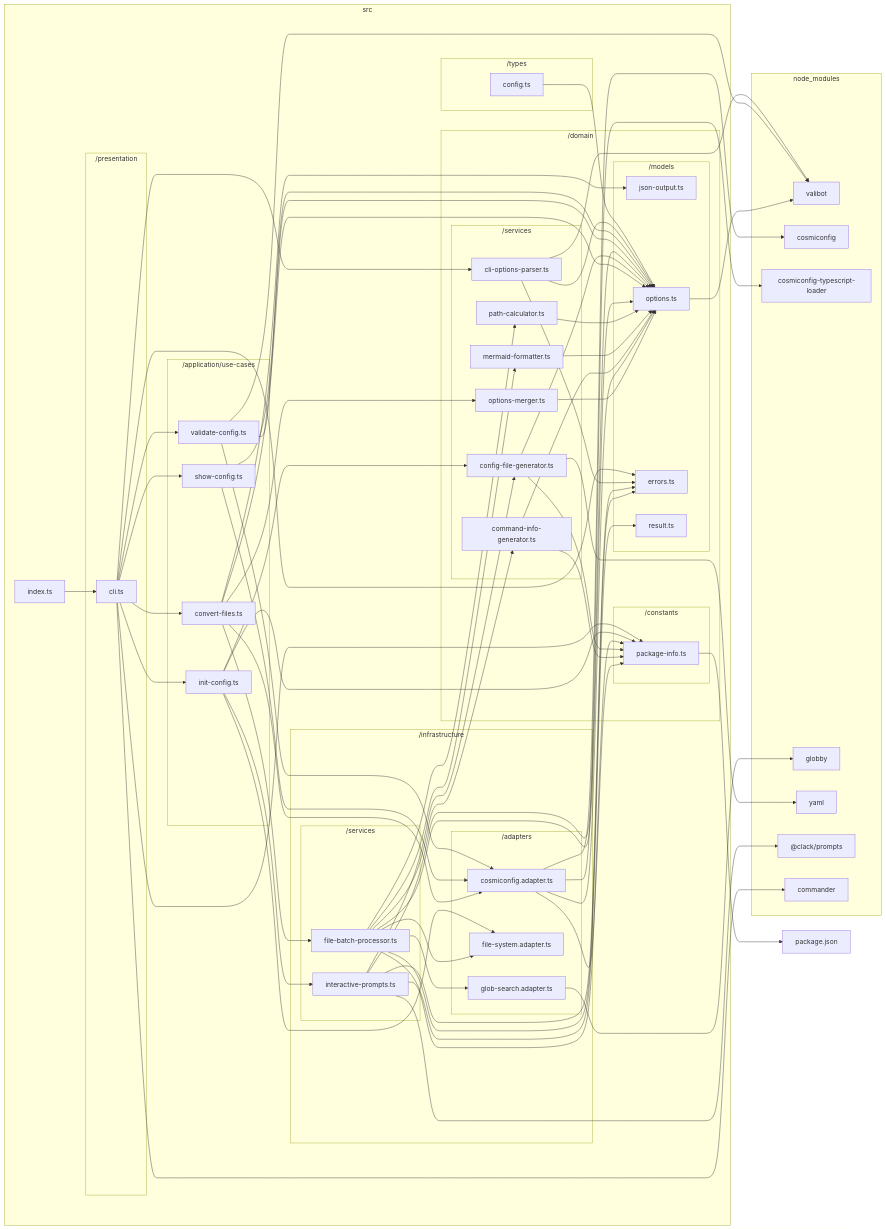
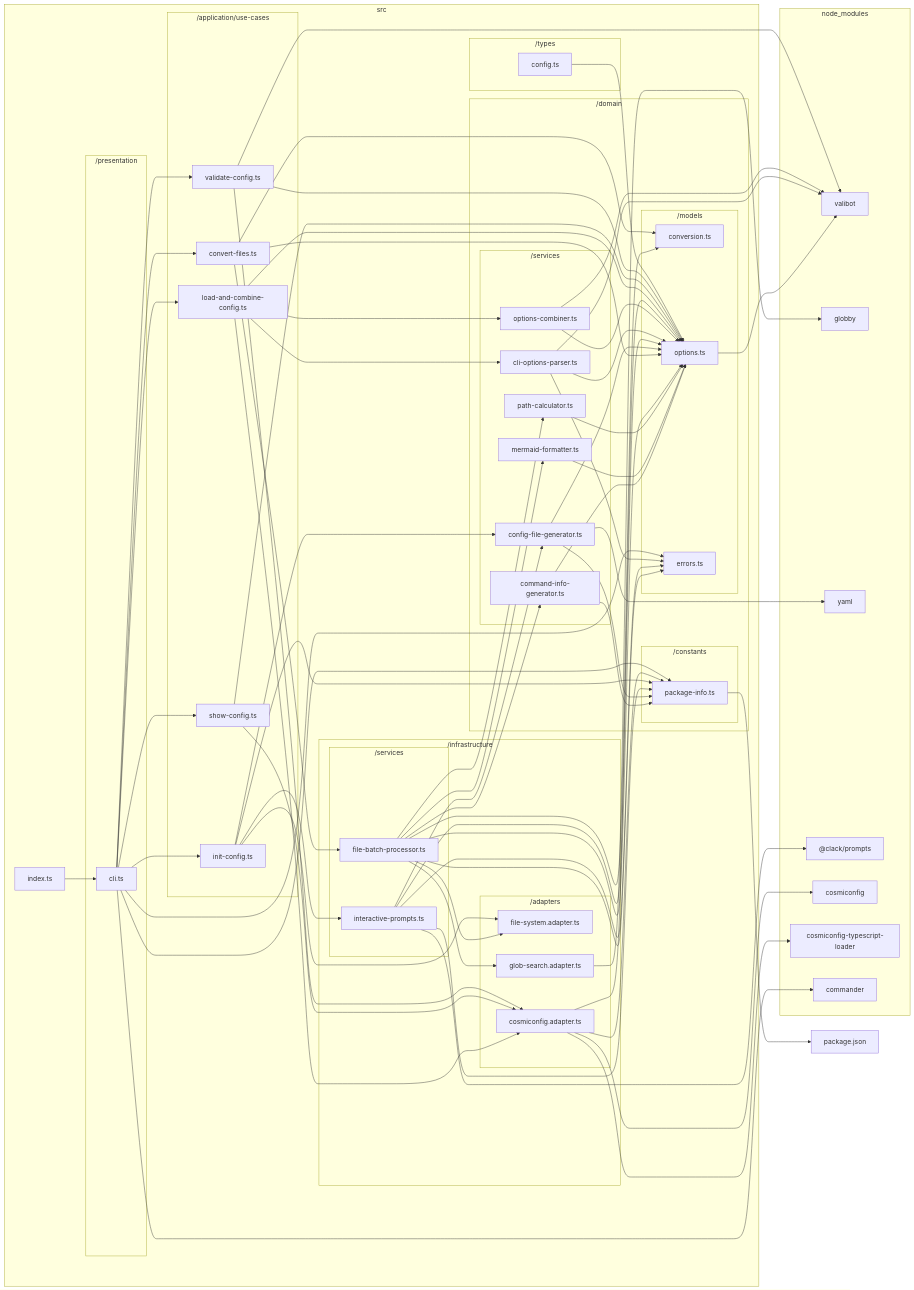
The diagram in docs/reports/dependencies/deps-graph.md (sugurutakahashi-1234/mermaid-markdown-wrap), drawn with Mermaid before and after one commit. The commit also changed 24 other files, not shown here.

First line of the commit message:
refactor: configuration handling and update option schemas [deps-change]

````diff
--- a/docs/reports/dependencies/deps-graph.md
+++ b/docs/reports/dependencies/deps-graph.md
@@ -10,28 +10,27 @@
         src/index.ts["index.ts"]
         subgraph src/domain["/domain"]
             subgraph src/domain/models["/models"]
-                src/domain/models/json//output.ts["json-output.ts"]
+                src/domain/models/conversion.ts["conversion.ts"]
                 src/domain/models/options.ts["options.ts"]
                 src/domain/models/errors.ts["errors.ts"]
-                src/domain/models/result.ts["result.ts"]
+            end
+            subgraph src/domain/constants["/constants"]
+                src/domain/constants/package//info.ts["package-info.ts"]
             end
             subgraph src/domain/services["/services"]
-                src/domain/services/options//merger.ts["options-merger.ts"]
                 src/domain/services/command//info//generator.ts["command-info-generator.ts"]
                 src/domain/services/mermaid//formatter.ts["mermaid-formatter.ts"]
                 src/domain/services/path//calculator.ts["path-calculator.ts"]
                 src/domain/services/config//file//generator.ts["config-file-generator.ts"]
                 src/domain/services/cli//options//parser.ts["cli-options-parser.ts"]
-            end
-            subgraph src/domain/constants["/constants"]
-                src/domain/constants/package//info.ts["package-info.ts"]
+                src/domain/services/options//combiner.ts["options-combiner.ts"]
             end
         end
         subgraph src/infrastructure["/infrastructure"]
             subgraph src/infrastructure/adapters["/adapters"]
-                src/infrastructure/adapters/cosmiconfig.adapter.ts["cosmiconfig.adapter.ts"]
                 src/infrastructure/adapters/file//system.adapter.ts["file-system.adapter.ts"]
                 src/infrastructure/adapters/glob//search.adapter.ts["glob-search.adapter.ts"]
+                src/infrastructure/adapters/cosmiconfig.adapter.ts["cosmiconfig.adapter.ts"]
             end
             subgraph src/infrastructure/services["/services"]
                 src/infrastructure/services/file//batch//processor.ts["file-batch-processor.ts"]
@@ -41,6 +40,7 @@
         subgraph src/application/use//cases["/application/use-cases"]
             src/application/use//cases/convert//files.ts["convert-files.ts"]
             src/application/use//cases/init//config.ts["init-config.ts"]
+            src/application/use//cases/load//and//combine//config.ts["load-and-combine-config.ts"]
             src/application/use//cases/show//config.ts["show-config.ts"]
             src/application/use//cases/validate//config.ts["validate-config.ts"]
         end
@@ -53,37 +53,30 @@
     end
     subgraph node//modules["node_modules"]
         node//modules/valibot/dist/index.d.cts["valibot"]
-        node//modules/cosmiconfig/dist/index.d.ts["cosmiconfig"]
-        node//modules/cosmiconfig//typescript//loader/dist/types/index.d.ts["cosmiconfig-typescript-loader"]
         node//modules/globby/index.d.ts["globby"]
         node//modules/yaml/dist/index.d.ts["yaml"]
         node//modules///clack/prompts/dist/index.d.ts["@clack/prompts"]
+        node//modules/cosmiconfig/dist/index.d.ts["cosmiconfig"]
+        node//modules/cosmiconfig//typescript//loader/dist/types/index.d.ts["cosmiconfig-typescript-loader"]
         node//modules/commander/typings/index.d.ts["commander"]
     end
     src/domain/models/options.ts-->node//modules/valibot/dist/index.d.cts
-    src/domain/services/options//merger.ts-->src/domain/models/options.ts
     src/domain/constants/package//info.ts-->package.json
-    src/infrastructure/adapters/cosmiconfig.adapter.ts-->node//modules/cosmiconfig/dist/index.d.ts
-    src/infrastructure/adapters/cosmiconfig.adapter.ts-->node//modules/cosmiconfig//typescript//loader/dist/types/index.d.ts
-    src/infrastructure/adapters/cosmiconfig.adapter.ts-->src/domain/constants/package//info.ts
-    src/infrastructure/adapters/cosmiconfig.adapter.ts-->src/domain/models/options.ts
     src/domain/services/command//info//generator.ts-->src/domain/constants/package//info.ts
     src/domain/services/command//info//generator.ts-->src/domain/models/options.ts
     src/domain/services/mermaid//formatter.ts-->src/domain/models/options.ts
     src/domain/services/path//calculator.ts-->src/domain/models/options.ts
     src/infrastructure/adapters/glob//search.adapter.ts-->node//modules/globby/index.d.ts
+    src/infrastructure/services/file//batch//processor.ts-->src/domain/models/conversion.ts
     src/infrastructure/services/file//batch//processor.ts-->src/domain/models/errors.ts
     src/infrastructure/services/file//batch//processor.ts-->src/domain/models/options.ts
-    src/infrastructure/services/file//batch//processor.ts-->src/domain/models/result.ts
     src/infrastructure/services/file//batch//processor.ts-->src/domain/services/command//info//generator.ts
     src/infrastructure/services/file//batch//processor.ts-->src/domain/services/mermaid//formatter.ts
     src/infrastructure/services/file//batch//processor.ts-->src/domain/services/path//calculator.ts
     src/infrastructure/services/file//batch//processor.ts-->src/infrastructure/adapters/file//system.adapter.ts
     src/infrastructure/services/file//batch//processor.ts-->src/infrastructure/adapters/glob//search.adapter.ts
-    src/application/use//cases/convert//files.ts-->src/domain/models/json//output.ts
+    src/application/use//cases/convert//files.ts-->src/domain/models/conversion.ts
     src/application/use//cases/convert//files.ts-->src/domain/models/options.ts
-    src/application/use//cases/convert//files.ts-->src/domain/services/options//merger.ts
-    src/application/use//cases/convert//files.ts-->src/infrastructure/adapters/cosmiconfig.adapter.ts
     src/application/use//cases/convert//files.ts-->src/infrastructure/services/file//batch//processor.ts
     src/domain/services/config//file//generator.ts-->node//modules/yaml/dist/index.d.ts
     src/domain/services/config//file//generator.ts-->src/domain/constants/package//info.ts
@@ -97,22 +90,32 @@
     src/application/use//cases/init//config.ts-->src/domain/services/config//file//generator.ts
     src/application/use//cases/init//config.ts-->src/infrastructure/adapters/file//system.adapter.ts
     src/application/use//cases/init//config.ts-->src/infrastructure/services/interactive//prompts.ts
+    src/domain/services/cli//options//parser.ts-->node//modules/valibot/dist/index.d.cts
+    src/domain/services/cli//options//parser.ts-->src/domain/models/errors.ts
+    src/domain/services/cli//options//parser.ts-->src/domain/models/options.ts
+    src/domain/services/options//combiner.ts-->node//modules/valibot/dist/index.d.cts
+    src/domain/services/options//combiner.ts-->src/domain/models/options.ts
+    src/infrastructure/adapters/cosmiconfig.adapter.ts-->node//modules/cosmiconfig/dist/index.d.ts
+    src/infrastructure/adapters/cosmiconfig.adapter.ts-->node//modules/cosmiconfig//typescript//loader/dist/types/index.d.ts
+    src/infrastructure/adapters/cosmiconfig.adapter.ts-->src/domain/constants/package//info.ts
+    src/infrastructure/adapters/cosmiconfig.adapter.ts-->src/domain/models/options.ts
+    src/application/use//cases/load//and//combine//config.ts-->src/domain/models/options.ts
+    src/application/use//cases/load//and//combine//config.ts-->src/domain/services/cli//options//parser.ts
+    src/application/use//cases/load//and//combine//config.ts-->src/domain/services/options//combiner.ts
+    src/application/use//cases/load//and//combine//config.ts-->src/infrastructure/adapters/cosmiconfig.adapter.ts
     src/application/use//cases/show//config.ts-->src/domain/models/options.ts
     src/application/use//cases/show//config.ts-->src/infrastructure/adapters/cosmiconfig.adapter.ts
     src/application/use//cases/validate//config.ts-->node//modules/valibot/dist/index.d.cts
     src/application/use//cases/validate//config.ts-->src/domain/models/options.ts
     src/application/use//cases/validate//config.ts-->src/infrastructure/adapters/cosmiconfig.adapter.ts
-    src/domain/services/cli//options//parser.ts-->node//modules/valibot/dist/index.d.cts
-    src/domain/services/cli//options//parser.ts-->src/domain/models/errors.ts
-    src/domain/services/cli//options//parser.ts-->src/domain/models/options.ts
     src/presentation/cli.ts-->node//modules/commander/typings/index.d.ts
     src/presentation/cli.ts-->src/application/use//cases/convert//files.ts
     src/presentation/cli.ts-->src/application/use//cases/init//config.ts
+    src/presentation/cli.ts-->src/application/use//cases/load//and//combine//config.ts
     src/presentation/cli.ts-->src/application/use//cases/show//config.ts
     src/presentation/cli.ts-->src/application/use//cases/validate//config.ts
     src/presentation/cli.ts-->src/domain/constants/package//info.ts
     src/presentation/cli.ts-->src/domain/models/errors.ts
-    src/presentation/cli.ts-->src/domain/services/cli//options//parser.ts
     src/index.ts-->src/presentation/cli.ts
     src/types/config.ts-->src/domain/models/options.ts
 ```
````
